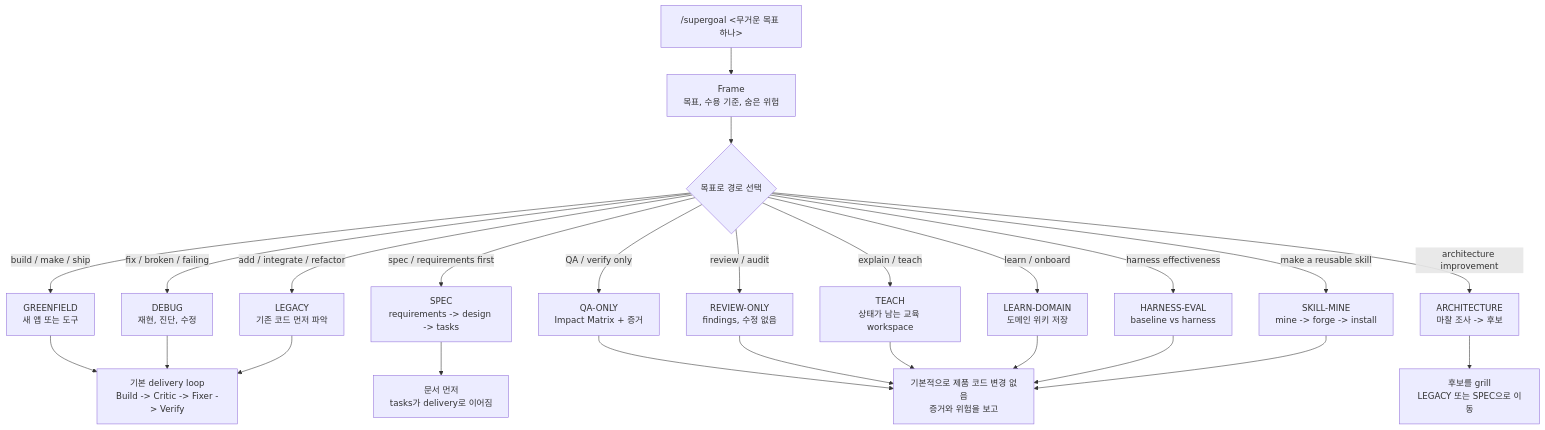
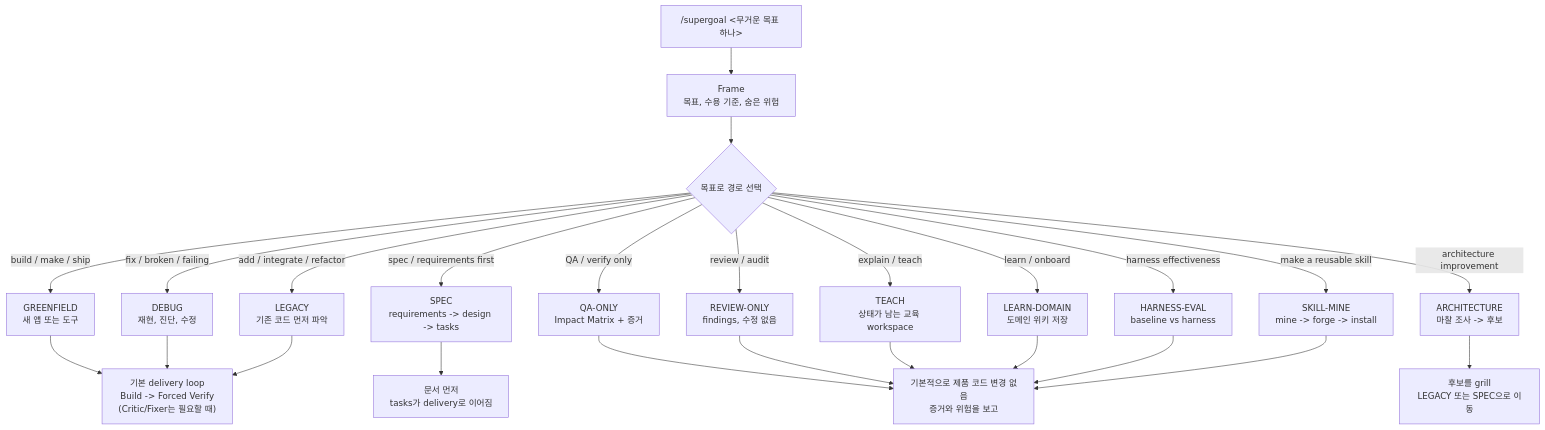
Before and after one commit to cskwork/supergoal-skill: the diagram in README.ko.md, drawn with Mermaid. The commit also changed other lines of this file and 7 other files, not shown here.

````diff
--- a/README.ko.md
+++ b/README.ko.md
@@ -60,31 +63,31 @@
 ```mermaid
 flowchart TD
     A["/supergoal <무거운 목표 하나>"] --> B["Frame<br/>목표, 수용 기준, 숨은 위험"]
     B --> C{"목표로 경로 선택"}
 
     C -->|"build / make / ship"| GREENFIELD["GREENFIELD<br/>새 앱 또는 도구"]
     C -->|"fix / broken / failing"| DEBUG["DEBUG<br/>재현, 진단, 수정"]
     C -->|"add / integrate / refactor"| LEGACY["LEGACY<br/>기존 코드 먼저 파악"]
     C -->|"spec / requirements first"| SPEC["SPEC<br/>requirements -> design -> tasks"]
     C -->|"QA / verify only"| QAONLY["QA-ONLY<br/>Impact Matrix + 증거"]
     C -->|"review / audit"| REVIEW["REVIEW-ONLY<br/>findings, 수정 없음"]
     C -->|"architecture improvement"| ARCHITECTURE["ARCHITECTURE<br/>마찰 조사 -> 후보"]
     C -->|"explain / teach"| TEACH["TEACH<br/>상태가 남는 교육 workspace"]
     C -->|"learn / onboard"| LEARN["LEARN-DOMAIN<br/>도메인 위키 저장"]
     C -->|"harness effectiveness"| HARNESS["HARNESS-EVAL<br/>baseline vs harness"]
     C -->|"make a reusable skill"| SKILLMINE["SKILL-MINE<br/>mine -> forge -> install"]
 
-    GREENFIELD --> LOOP["기본 delivery loop<br/>Build -> Critic -> Fixer -> Verify"]
+    GREENFIELD --> LOOP["기본 delivery loop<br/>Build -> Forced Verify<br/>(Critic/Fixer는 필요할 때)"]
     DEBUG --> LOOP
     LEGACY --> LOOP
 
     SPEC --> DOCS["문서 먼저<br/>tasks가 delivery로 이어짐"]
     ARCHITECTURE --> PICK["후보를 grill<br/>LEGACY 또는 SPEC으로 이동"]
 
     QAONLY --> REPORT["기본적으로 제품 코드 변경 없음<br/>증거와 위험을 보고"]
     REVIEW --> REPORT
     TEACH --> REPORT
     LEARN --> REPORT
     HARNESS --> REPORT
     SKILLMINE --> REPORT
 ```
````
